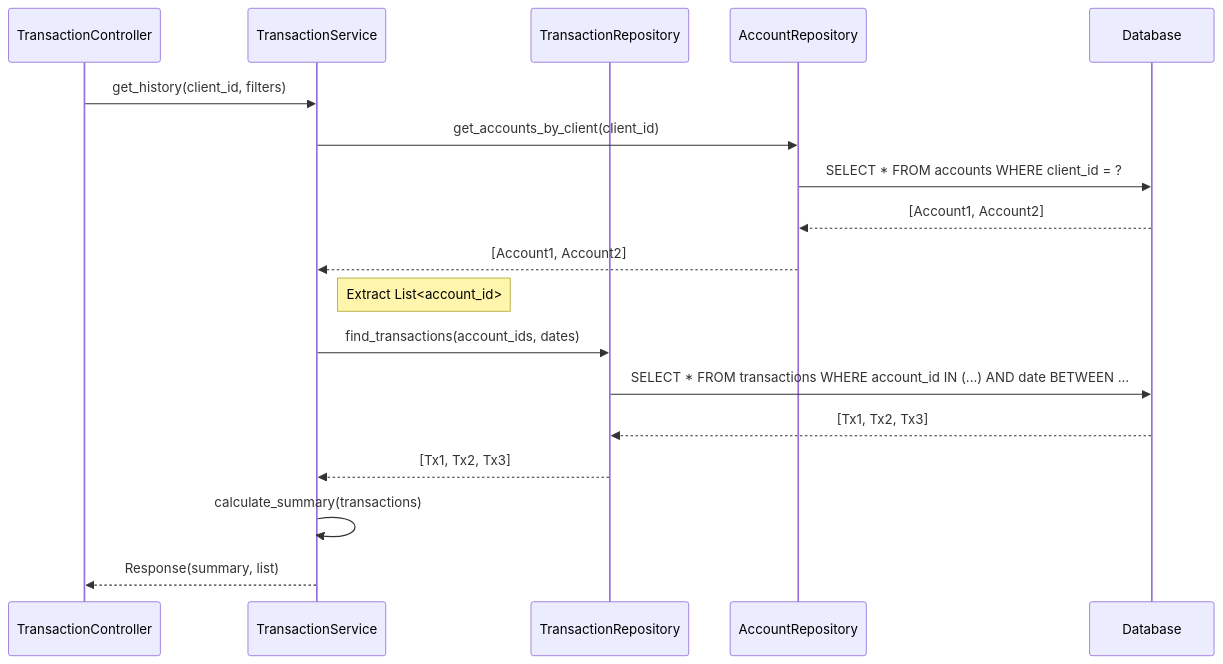
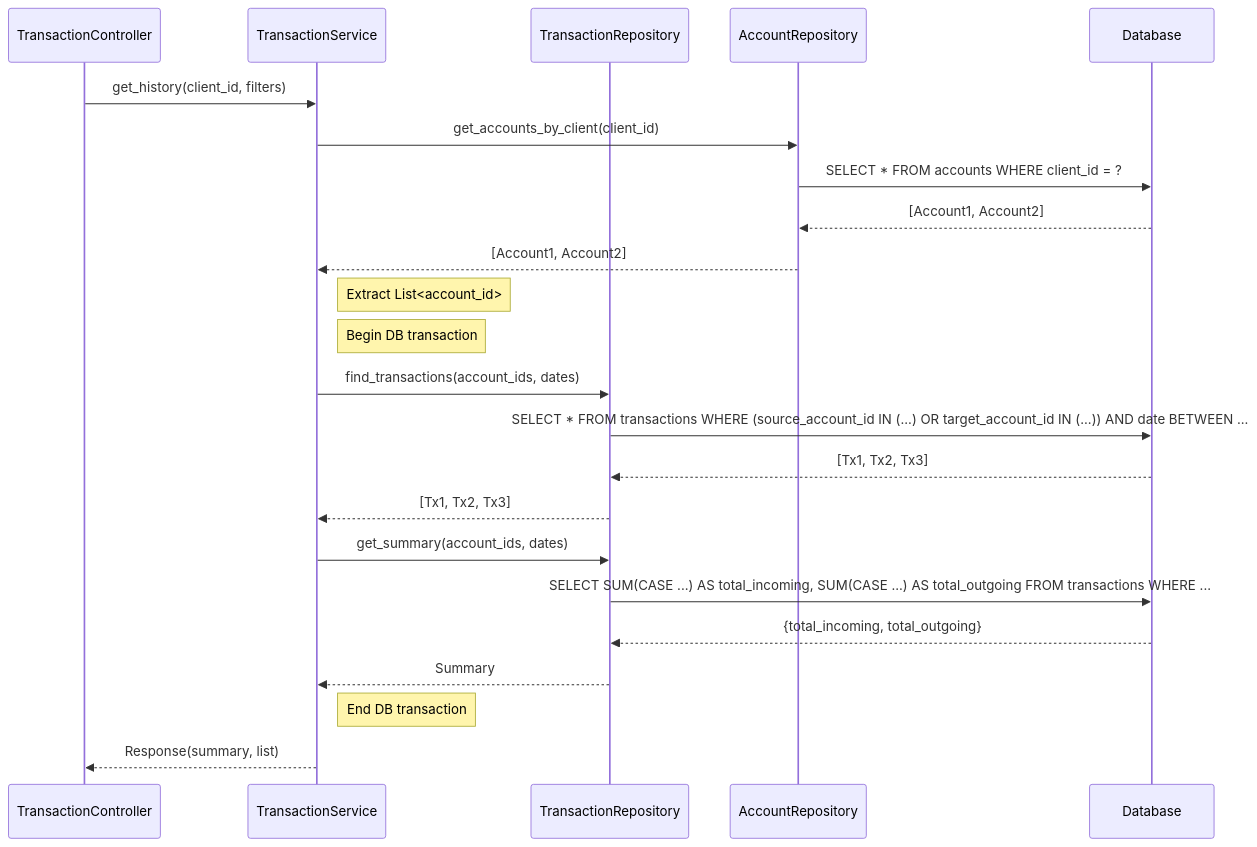
The second of 3 diagrams in docs/HB-12/analysis-developers.md (knowitcz/gen-ai-07-22), drawn with Mermaid before and after one commit. The commit also changed other lines of this file, not shown here.

Commit message:
HB-12: Architectural review

````diff
--- a/docs/HB-12/analysis-developers.md
+++ b/docs/HB-12/analysis-developers.md
@@ -97,24 +107,32 @@
 ```mermaid
 sequenceDiagram
     participant API as TransactionController
     participant S as TransactionService
     participant R as TransactionRepository
     participant AR as AccountRepository
     participant DB as Database
 
     API->>S: get_history(client_id, filters)
     S->>AR: get_accounts_by_client(client_id)
     AR->>DB: SELECT * FROM accounts WHERE client_id = ?
     DB-->>AR: [Account1, Account2]
     AR-->>S: [Account1, Account2]
 
     Note right of S: Extract List<account_id>
 
+    Note right of S: Begin DB transaction
+
     S->>R: find_transactions(account_ids, dates)
-    R->>DB: SELECT * FROM transactions WHERE account_id IN (...) AND date BETWEEN ...
+    R->>DB: SELECT * FROM transactions WHERE (source_account_id IN (...) OR target_account_id IN (...)) AND date BETWEEN ...
     DB-->>R: [Tx1, Tx2, Tx3]
     R-->>S: [Tx1, Tx2, Tx3]
 
-    S->>S: calculate_summary(transactions)
+    S->>R: get_summary(account_ids, dates)
+    R->>DB: SELECT SUM(CASE ...) AS total_incoming, SUM(CASE ...) AS total_outgoing FROM transactions WHERE ...
+    DB-->>R: {total_incoming, total_outgoing}
+    R-->>S: Summary
+
+    Note right of S: End DB transaction
+
     S-->>API: Response(summary, list)
 ```
````
